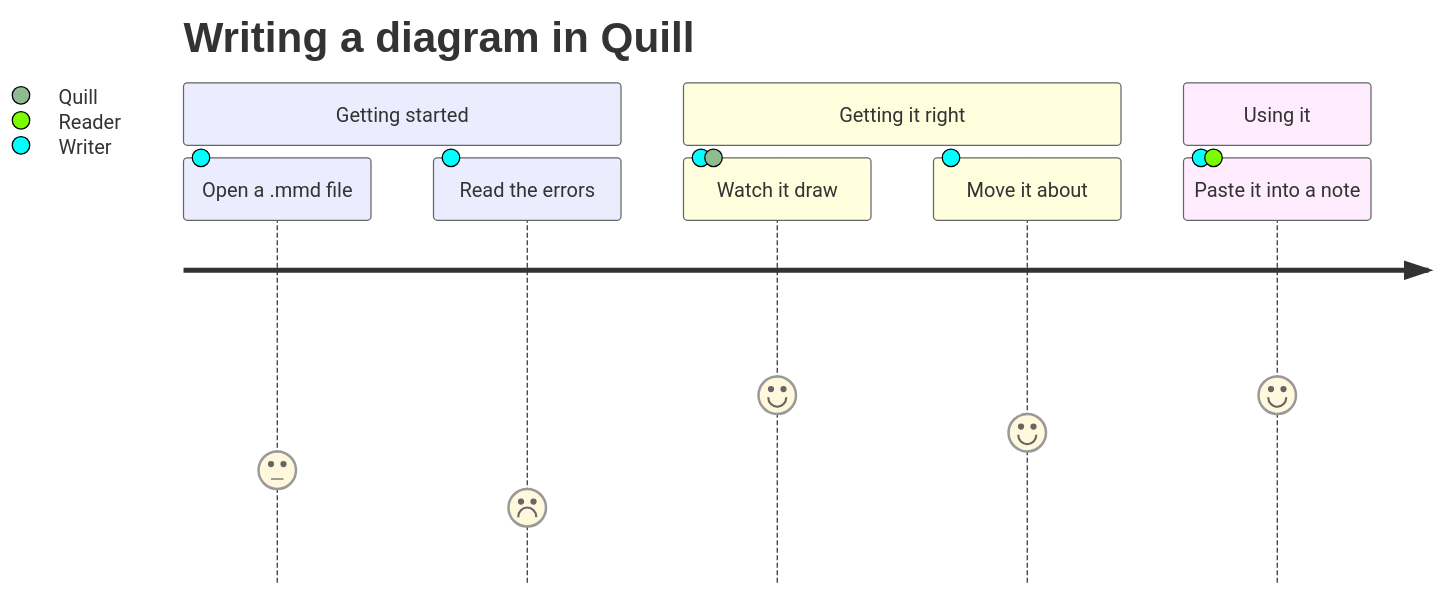
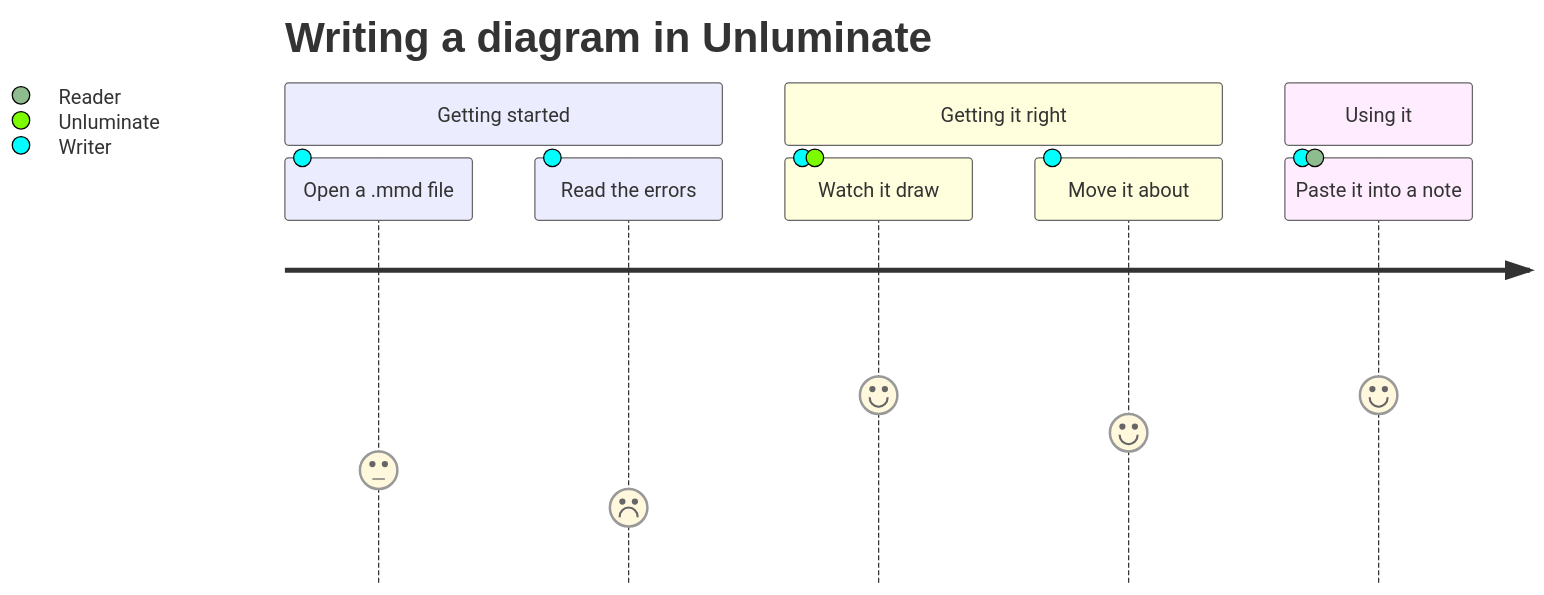
The diagram in sample-diagrams/journey.mmd (Black-Rainbow-Labs/Unluminous), drawn with Mermaid before and after one commit. The commit also changed 1291 other files, not shown here.

First line of the commit message:
task-1800: rename Quill to Unluminate

```diff
--- a/sample-diagrams/journey.mmd
+++ b/sample-diagrams/journey.mmd
@@ -1,10 +1,10 @@
 journey
-  title Writing a diagram in Quill
+  title Writing a diagram in Unluminate
   section Getting started
     Open a .mmd file: 3: Writer
     Read the errors: 2: Writer
   section Getting it right
-    Watch it draw: 5: Writer, Quill
+    Watch it draw: 5: Writer, Unluminate
     Move it about: 4: Writer
   section Using it
     Paste it into a note: 5: Writer, Reader
```
